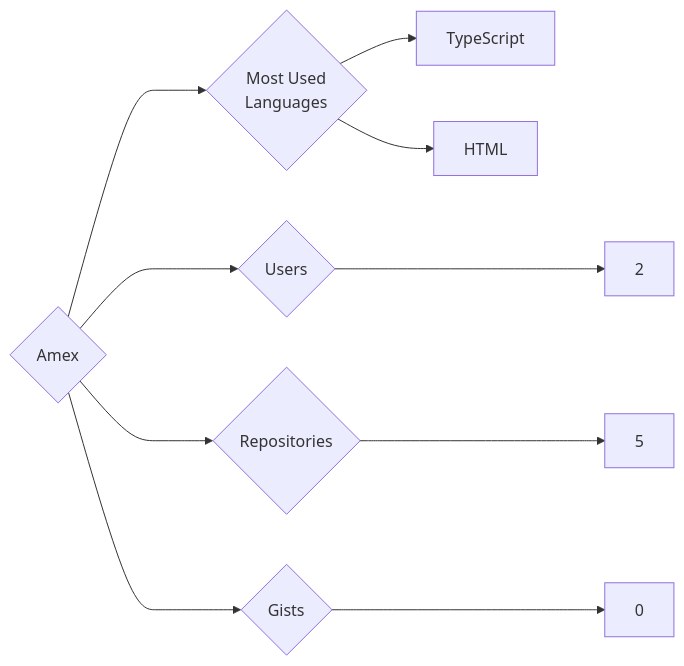
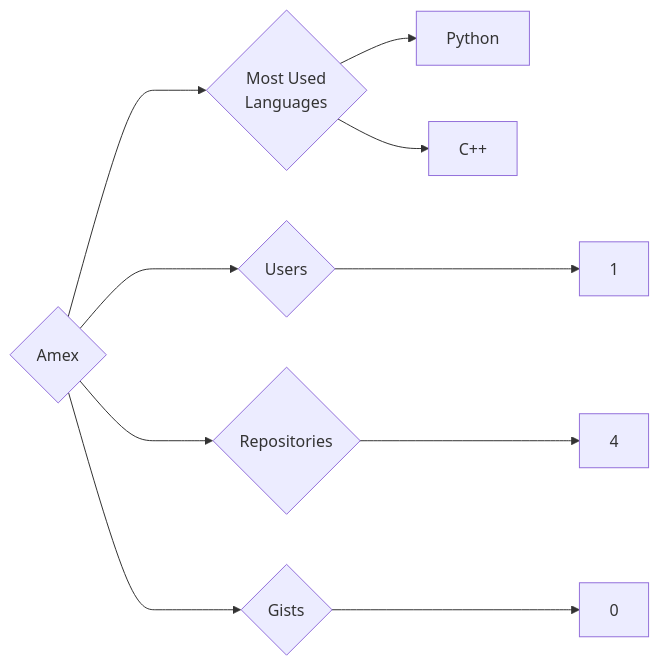
The diagram in targets/Amex/README.md (trickest/insiders), drawn with Mermaid before and after one commit. The commit also changed 927 other files, not shown here.

````diff
--- a/targets/Amex/README.md
+++ b/targets/Amex/README.md
@@ -3,10 +3,10 @@
 ```mermaid
 graph LR
 COMPANY_NAME{Amex}
-COMPANY_NAME ---> U{Users} ---> UN[2]
-COMPANY_NAME ---> R{Repositories} ---> RN[5]
+COMPANY_NAME ---> U{Users} ---> UN[1]
+COMPANY_NAME ---> R{Repositories} ---> RN[4]
 COMPANY_NAME ---> G{Gists} ---> GN[0]
 COMPANY_NAME ---> ML{Most Used<br>Languages}
-ML --> TypeScript[TypeScript]
-ML --> HTML[HTML]
+ML --> Python[Python]
+ML --> C++[C++]
 ```
````
